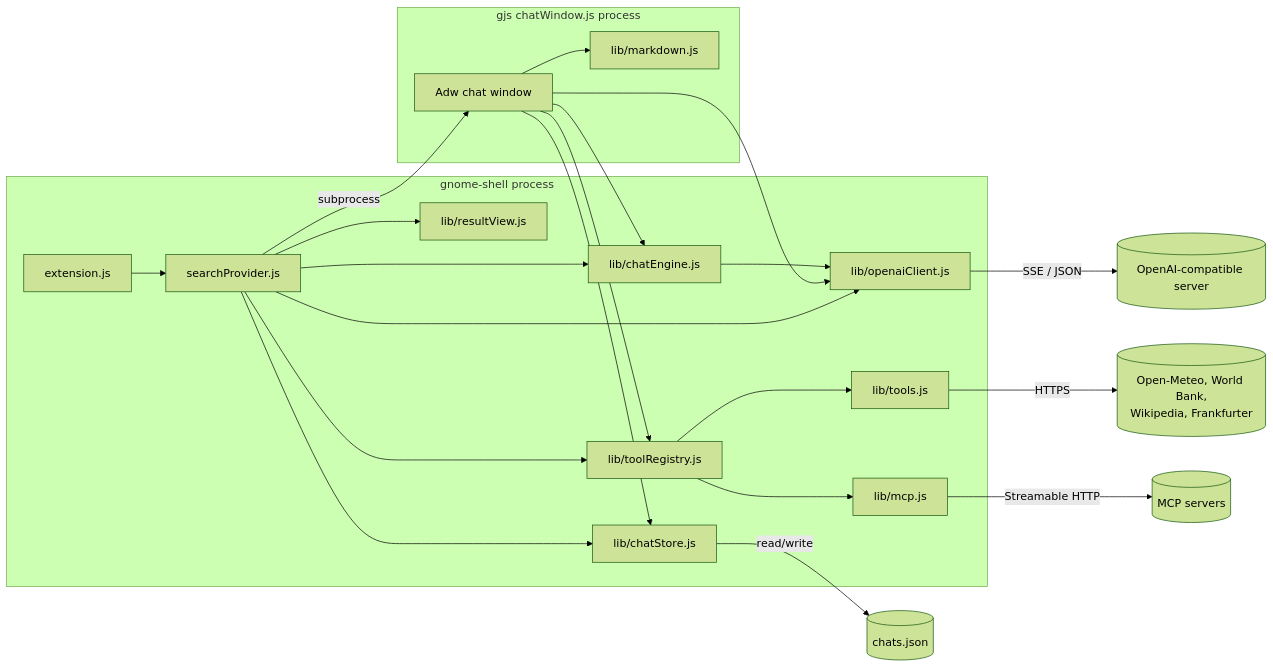
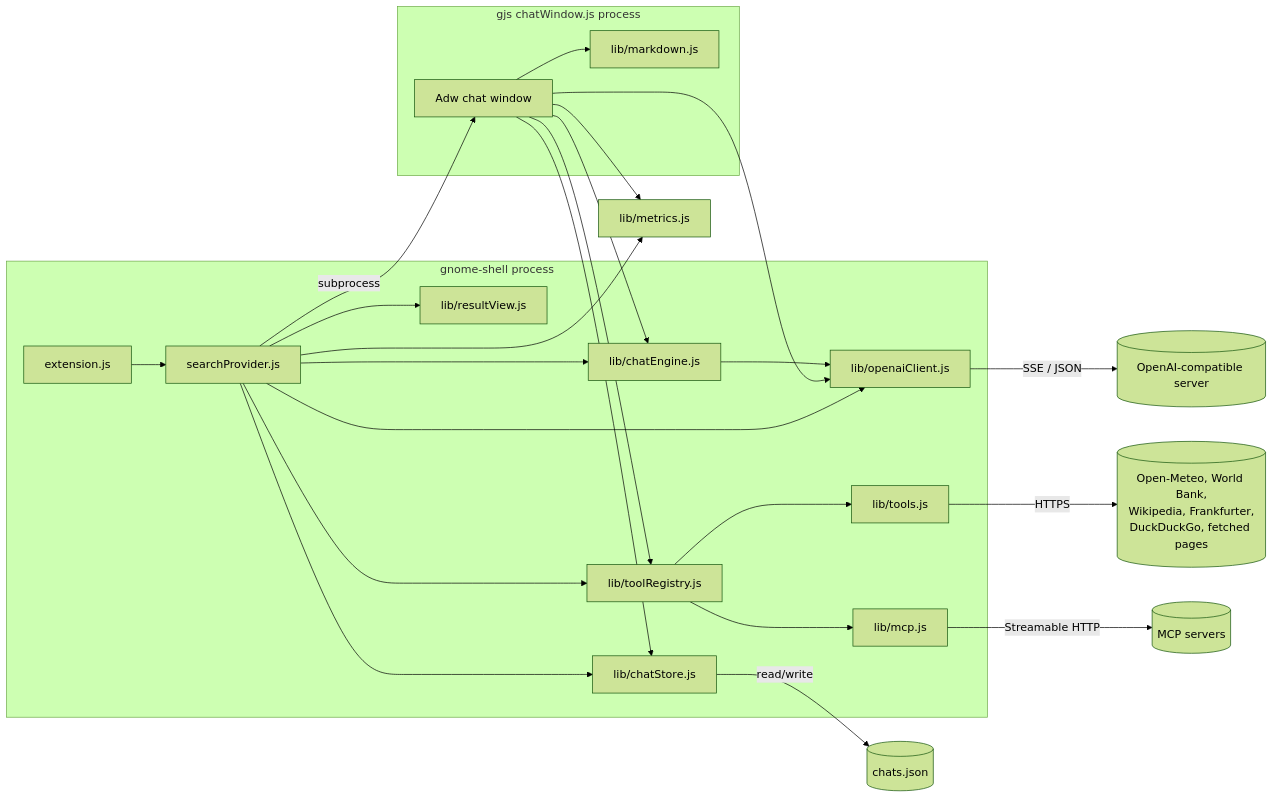
The first of 2 diagrams in docs/ARCHITECTURE.md (alexdlukens/local-ai-search-provider), drawn with Mermaid (forest theme) before and after one commit. The commit also changed other lines of this file and 17 other files, not shown here.

````diff
--- a/docs/ARCHITECTURE.md
+++ b/docs/ARCHITECTURE.md
@@ -12,28 +12,32 @@
 ```mermaid
 flowchart LR
     subgraph Shell["gnome-shell process"]
         EP[extension.js] --> SP[searchProvider.js]
         SP --> RV[lib/resultView.js]
         SP --> CE[lib/chatEngine.js]
         SP --> OC[lib/openaiClient.js]
         SP --> TR[lib/toolRegistry.js]
         TR --> TL[lib/tools.js]
         TR --> MC[lib/mcp.js]
         SP --> CS[lib/chatStore.js]
     end
 
     subgraph Chat["gjs chatWindow.js process"]
         CW[Adw chat window] --> CE
         CW --> OC
         CW --> TR
         CW --> CS
         CW --> MD[lib/markdown.js]
     end
 
+    MX[lib/metrics.js]
+    SP --> MX
+    CW --> MX
+
     CE --> OC
     OC -->|"SSE / JSON"| MS[(OpenAI-compatible server)]
-    TL -->|HTTPS| WEB[(Open-Meteo, World Bank,<br/>Wikipedia, Frankfurter)]
+    TL -->|HTTPS| WEB[(Open-Meteo, World Bank,<br/>Wikipedia, Frankfurter,<br/>DuckDuckGo, fetched pages)]
     MC -->|"Streamable HTTP"| MCP[(MCP servers)]
     CS -->|"read/write"| JSON[(chats.json)]
     SP -->|"subprocess"| CW
 ```
````
